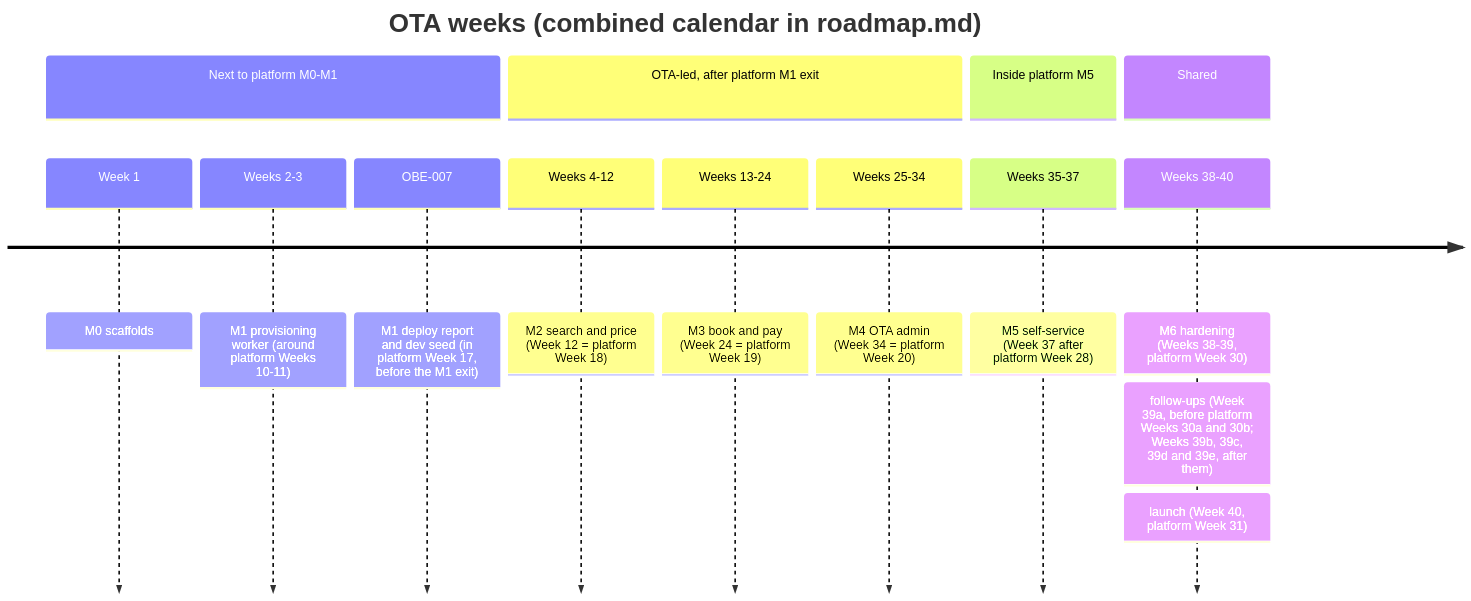
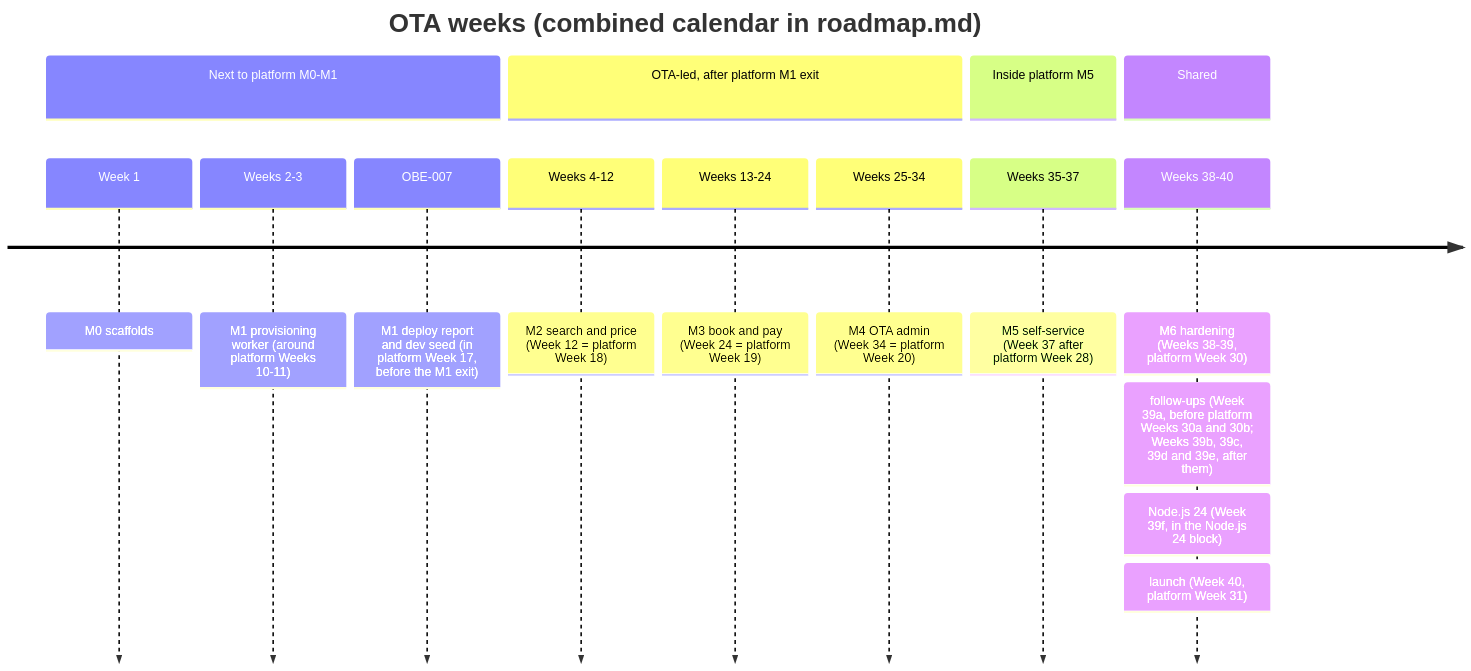
Before and after one commit to bhagwati-prasad/velexis-ota: the diagram in ota/docs/plans/solo-developer-plan.md, drawn with Mermaid. The commit also changed other lines of this file and 15 other files, not shown here.

````diff
--- a/ota/docs/plans/solo-developer-plan.md
+++ b/ota/docs/plans/solo-developer-plan.md
@@ -72,16 +73,16 @@
 ```mermaid
 timeline
   title OTA weeks (combined calendar in roadmap.md)
   section Next to platform M0-M1
     Week 1 : M0 scaffolds
     Weeks 2-3 : M1 provisioning worker (around platform Weeks 10-11)
     OBE-007 : M1 deploy report and dev seed (in platform Week 17, before the M1 exit)
   section OTA-led, after platform M1 exit
     Weeks 4-12 : M2 search and price (Week 12 = platform Week 18)
     Weeks 13-24 : M3 book and pay (Week 24 = platform Week 19)
     Weeks 25-34 : M4 OTA admin (Week 34 = platform Week 20)
   section Inside platform M5
     Weeks 35-37 : M5 self-service (Week 37 after platform Week 28)
   section Shared
-    Weeks 38-40 : M6 hardening (Weeks 38-39, platform Week 30) : follow-ups (Week 39a, before platform Weeks 30a and 30b; Weeks 39b, 39c, 39d and 39e, after them) : launch (Week 40, platform Week 31)
+    Weeks 38-40 : M6 hardening (Weeks 38-39, platform Week 30) : follow-ups (Week 39a, before platform Weeks 30a and 30b; Weeks 39b, 39c, 39d and 39e, after them) : Node.js 24 (Week 39f, in the Node.js 24 block) : launch (Week 40, platform Week 31)
 ```
````
